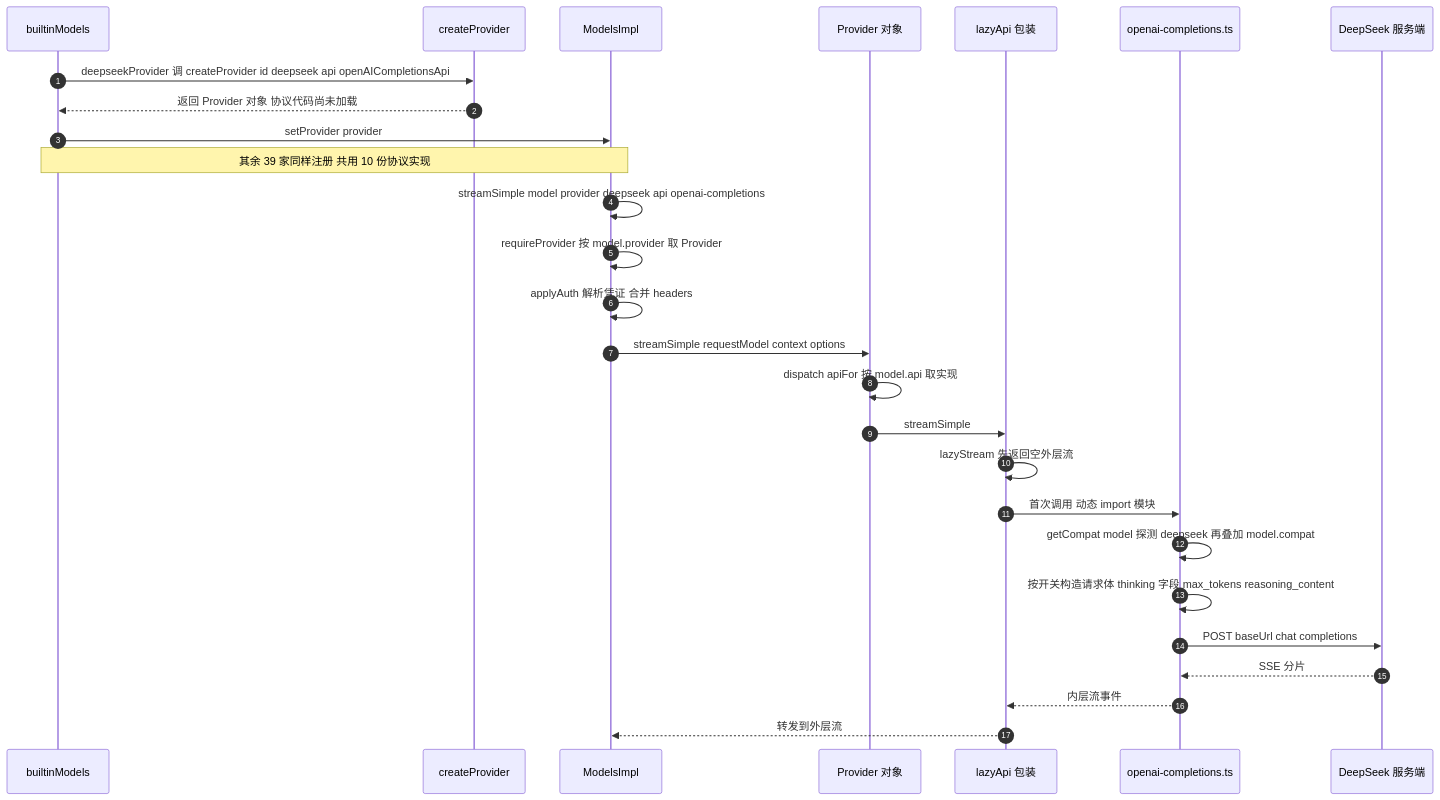
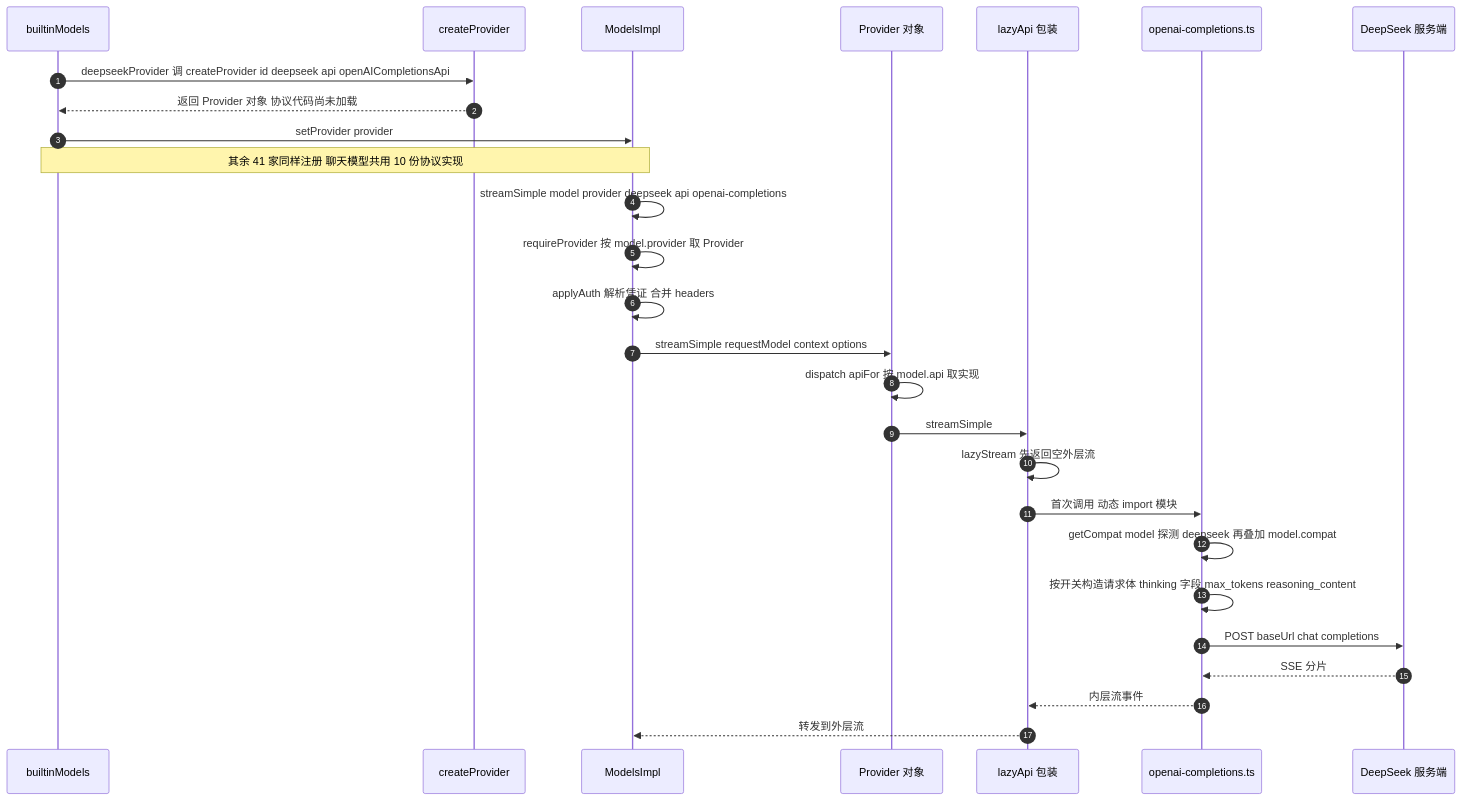
One commit to nickqiaoo/nickqiaoo.github.io changed the tenth of 18 diagrams in src/content/post/agents-pi-mono/index.md. Above: the diagram before and after it, drawn with Mermaid. The commit also changed other lines of this file and 1 other file, not shown here.

````diff
--- a/src/content/post/agents-pi-mono/index.md
+++ b/src/content/post/agents-pi-mono/index.md
@@ -1044,29 +1204,29 @@
 ```mermaid
 sequenceDiagram
   autonumber
   participant Boot as builtinModels
   participant CP as createProvider
   participant MS as ModelsImpl
   participant PV as Provider 对象
   participant LA as lazyApi 包装
   participant Mod as openai-completions.ts
   participant Net as DeepSeek 服务端
   Boot->>CP: deepseekProvider 调 createProvider id deepseek api openAICompletionsApi
   CP-->>Boot: 返回 Provider 对象 协议代码尚未加载
   Boot->>MS: setProvider provider
-  Note over Boot,MS: 其余 39 家同样注册 共用 10 份协议实现
+  Note over Boot,MS: 其余 41 家同样注册 聊天模型共用 10 份协议实现
   MS->>MS: streamSimple model provider deepseek api openai-completions
   MS->>MS: requireProvider 按 model.provider 取 Provider
   MS->>MS: applyAuth 解析凭证 合并 headers
   MS->>PV: streamSimple requestModel context options
   PV->>PV: dispatch apiFor 按 model.api 取实现
   PV->>LA: streamSimple
   LA->>LA: lazyStream 先返回空外层流
   LA->>Mod: 首次调用 动态 import 模块
   Mod->>Mod: getCompat model 探测 deepseek 再叠加 model.compat
   Mod->>Mod: 按开关构造请求体 thinking 字段 max_tokens reasoning_content
   Mod->>Net: POST baseUrl chat completions
   Net-->>Mod: SSE 分片
   Mod-->>LA: 内层流事件
   LA-->>MS: 转发到外层流
 ```
````
